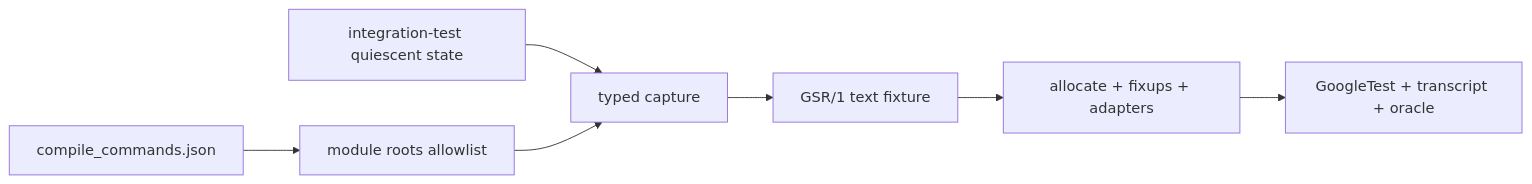
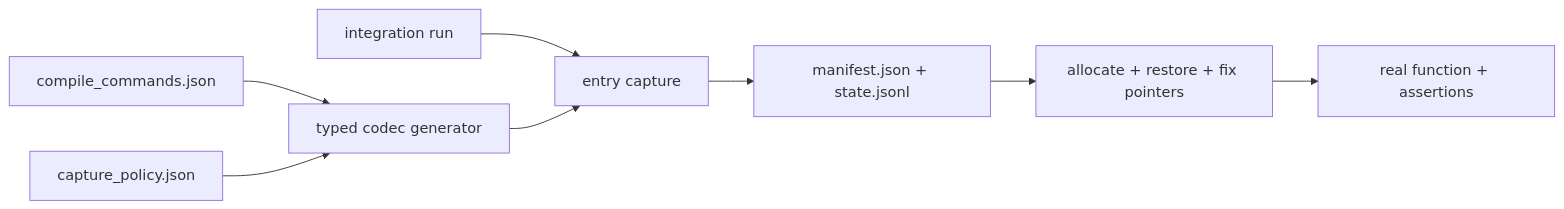
Before and after one commit to liukai2019/golden-state-replay-demo: the diagram in README.md, drawn with Mermaid. The commit also changed other lines of this file and 20 other files, not shown here.

First line of the commit message:
Demonstrate typed function-entry replay (#1)

````diff
--- a/README.md
+++ b/README.md
@@ -20,9 +23,10 @@
 ```mermaid
 flowchart LR
-  CDB["compile_commands.json"] --> INV["module roots allowlist"]
-  SYS["integration-test quiescent state"] --> CAP["typed capture"]
-  INV --> CAP
-  CAP --> GSR["GSR/1 text fixture"]
-  GSR --> LOAD["allocate + fixups + adapters"]
-  LOAD --> TEST["GoogleTest + transcript + oracle"]
+  CDB["compile_commands.json"] --> GEN["typed codec generator"]
+  POLICY["capture_policy.json"] --> GEN
+  RUN["integration run"] --> CAP["entry capture"]
+  GEN --> CAP
+  CAP --> BUNDLE["manifest.json + state.jsonl"]
+  BUNDLE --> LOAD["allocate + restore + fix pointers"]
+  LOAD --> TEST["real function + assertions"]
 ```
````
